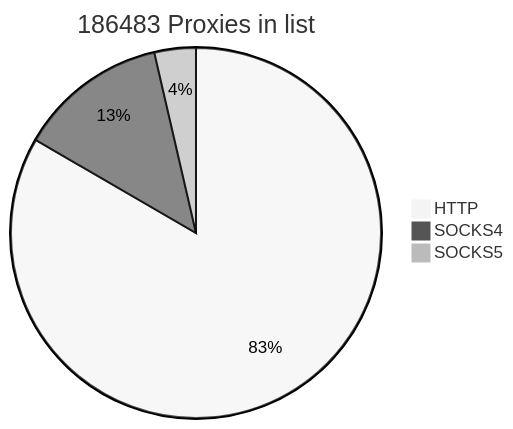
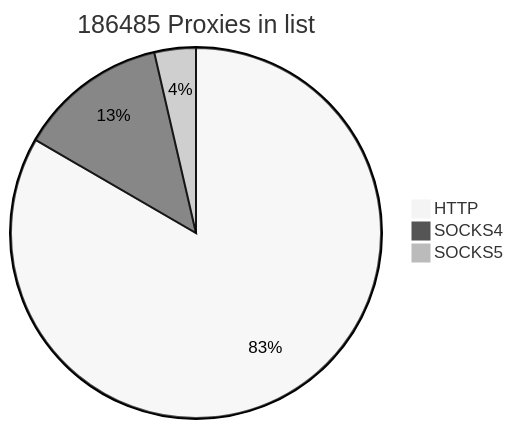
One commit to cutipu/proxylist changed the first of 2 diagrams in README.md. Above: the diagram before and after it, drawn with Mermaid (neutral theme). The commit also changed other lines of this file, not shown here.

````diff
--- a/README.md
+++ b/README.md
@@ -2,7 +2,7 @@
 ```mermaid
-pie title 186483 Proxies in list
+pie title 186485 Proxies in list
     "HTTP" : 155461
-    "SOCKS4" : 24275
+    "SOCKS4" : 24277
     "SOCKS5" : 6747
             
 ```
````
